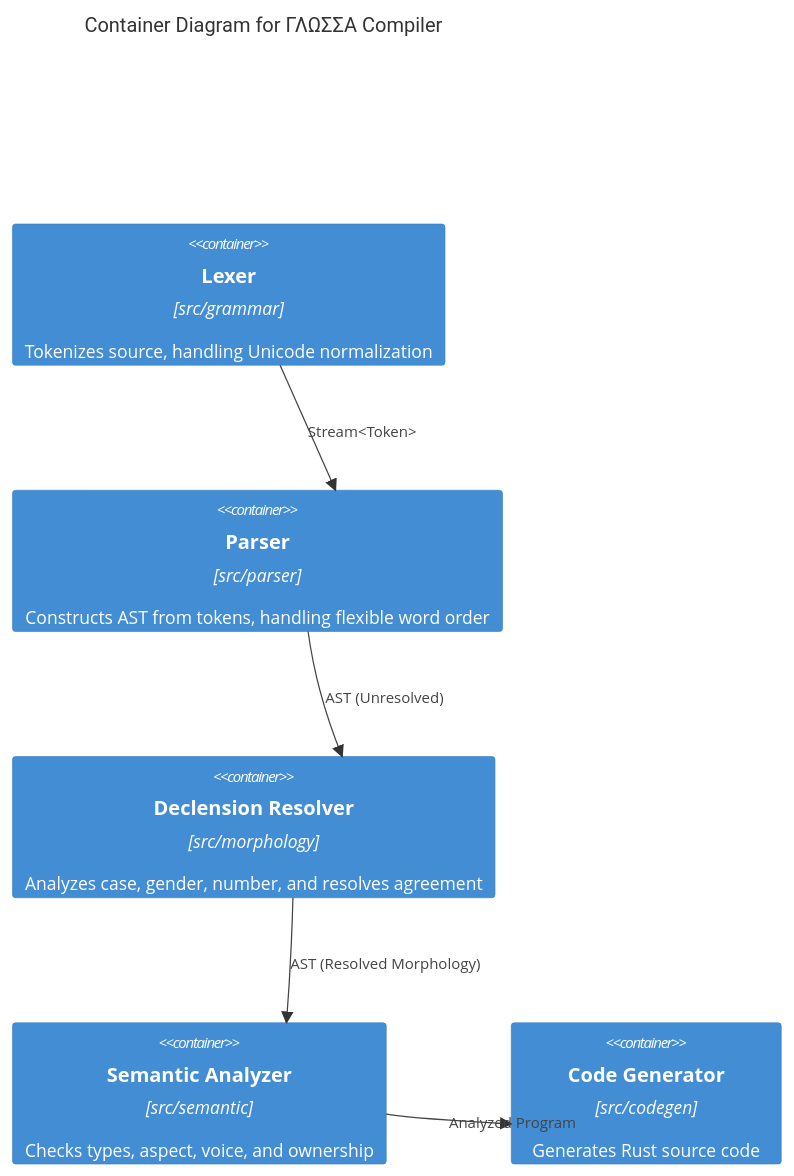
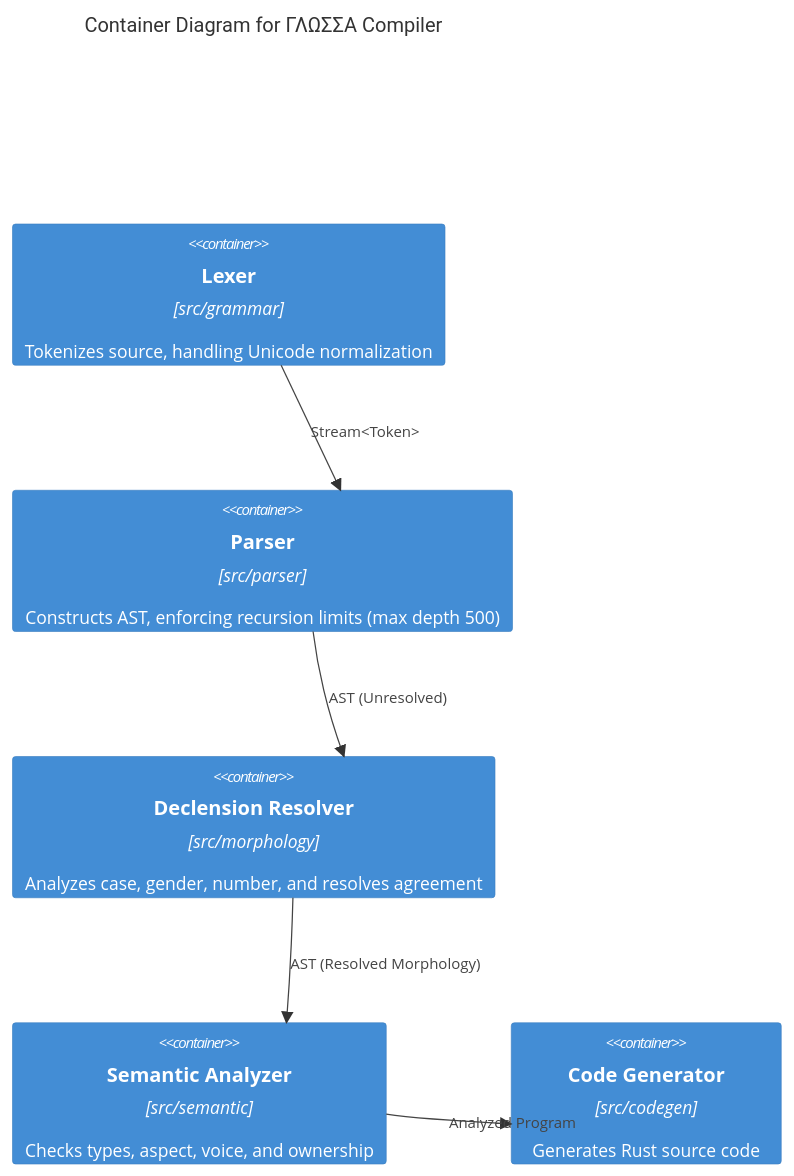
The second of 3 diagrams in docs/architecture.md (madmax983/glossa), drawn with Mermaid before and after one commit. The commit also changed 1 other file, not shown here.

Commit message:
docs: add ADR 008 for recursion depth limiting

````diff
--- a/docs/architecture.md
+++ b/docs/architecture.md
@@ -26,15 +26,15 @@
 ```mermaid
 C4Container
     title Container Diagram for ΓΛΩΣΣΑ Compiler
 
     Container(lexer, "Lexer", "src/grammar", "Tokenizes source, handling Unicode normalization")
-    Container(parser, "Parser", "src/parser", "Constructs AST from tokens, handling flexible word order")
+    Container(parser, "Parser", "src/parser", "Constructs AST, enforcing recursion limits (max depth 500)")
     Container(morphology, "Declension Resolver", "src/morphology", "Analyzes case, gender, number, and resolves agreement")
     Container(semantic, "Semantic Analyzer", "src/semantic", "Checks types, aspect, voice, and ownership")
     Container(codegen, "Code Generator", "src/codegen", "Generates Rust source code")
 
     Rel(lexer, parser, "Stream<Token>")
     Rel(parser, morphology, "AST (Unresolved)")
     Rel(morphology, semantic, "AST (Resolved Morphology)")
     Rel(semantic, codegen, "Analyzed Program")
 ```
````
